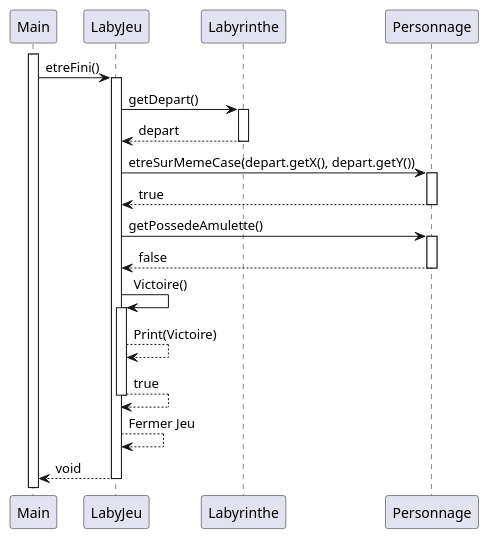
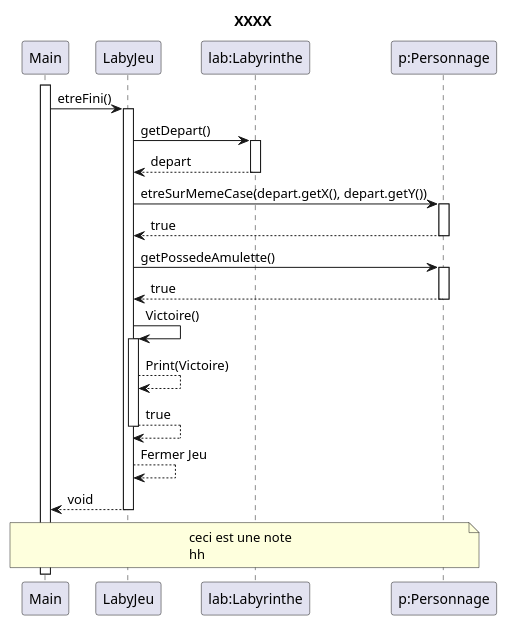
One commit to LukaSalvo/SAE2024 changed the diagram in zeldiablo/documents/version_5/diagseq_victoireJoueurTrue.puml. Above: the diagram before and after it, drawn with PlantUML. The commit also changed 4 other files, not shown here.

```diff
--- a/zeldiablo/documents/version_5/diagseq_victoireJoueurTrue.puml
+++ b/zeldiablo/documents/version_5/diagseq_victoireJoueurTrue.puml
@@ -1,34 +1,43 @@
 @startuml
+title "XXXX"
+
 Participant Main
 participant LabyJeu
-participant Labyrinthe
-participant Personnage
+participant "lab:Labyrinthe"  as Labyrinthe
+
+participant "p:Personnage" as Personnage
 activate Main
 Main -> LabyJeu : etreFini()
 activate LabyJeu
 LabyJeu -> Labyrinthe : getDepart()
 activate Labyrinthe
 Labyrinthe --> LabyJeu : depart
 deactivate Labyrinthe
 
 LabyJeu -> Personnage : etreSurMemeCase(depart.getX(), depart.getY())
 activate Personnage
 Personnage --> LabyJeu : true
 deactivate Personnage
 LabyJeu -> Personnage : getPossedeAmulette()
 activate Personnage
-Personnage --> LabyJeu : false
+Personnage --> LabyJeu : true
 deactivate Personnage
 LabyJeu -> LabyJeu : Victoire()
 activate LabyJeu
 LabyJeu --> LabyJeu : Print(Victoire)
 
 LabyJeu --> LabyJeu : true
 deactivate LabyJeu
 LabyJeu --> LabyJeu : Fermer Jeu
 LabyJeu --> Main : void
 
 
 deactivate LabyJeu
+note across
+ceci est une note
+hh
+end note
+
+
 
 @enduml
```
